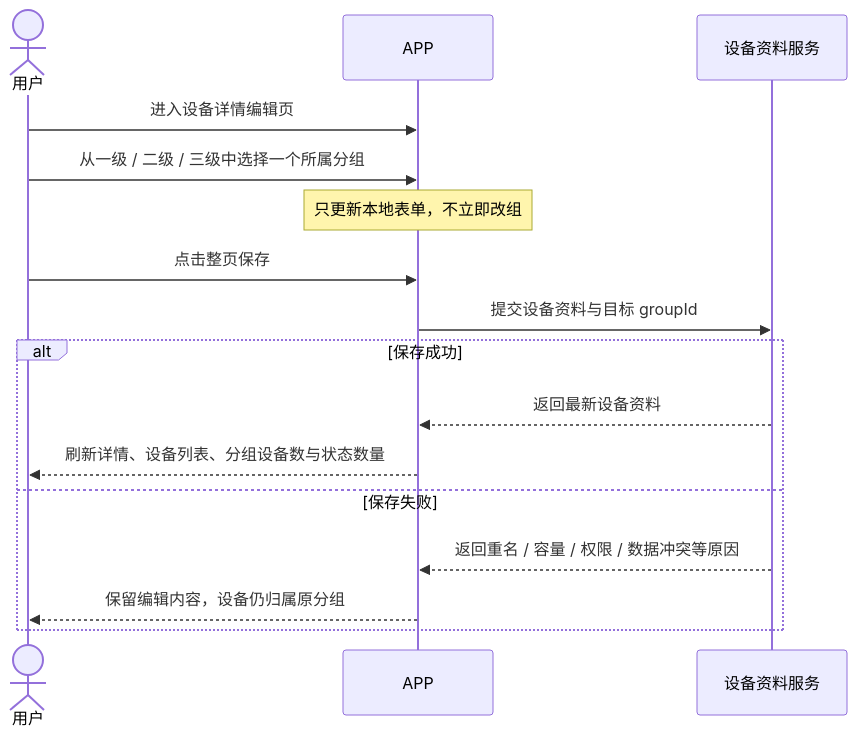
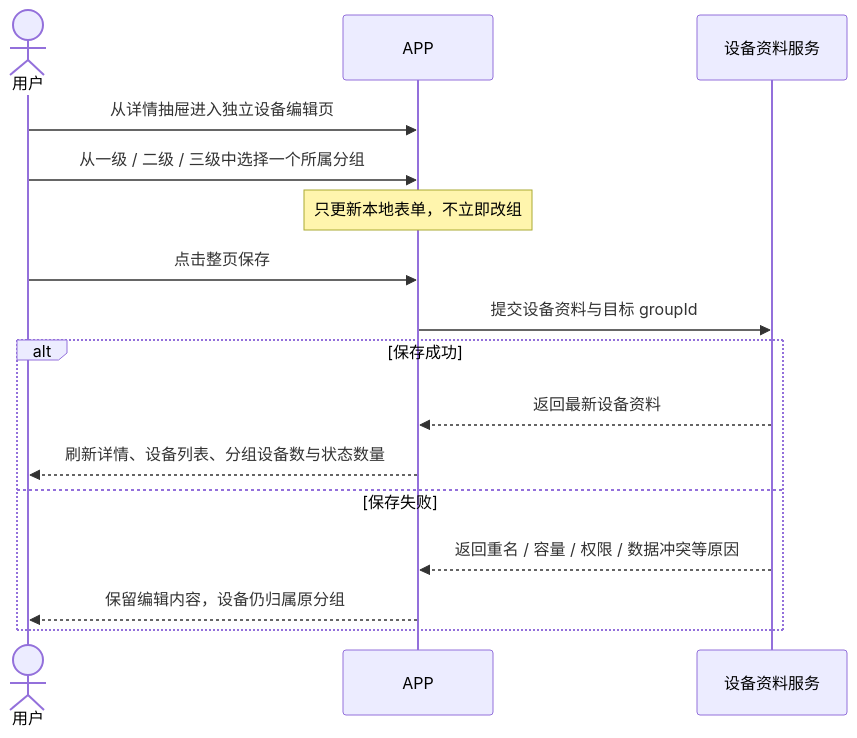
The tenth of 13 diagrams in docs/manuals/革泰/逻辑大纲/革泰 APP 设备管理逻辑点梳理 plan.md (CuMgNa/skills), drawn with Mermaid before and after one commit. The commit also changed other lines of this file and 26 other files, not shown here.

````diff
--- a/docs/manuals/革泰/逻辑大纲/革泰 APP 设备管理逻辑点梳理 plan.md
+++ b/docs/manuals/革泰/逻辑大纲/革泰 APP 设备管理逻辑点梳理 plan.md
@@ -916,18 +894,18 @@
 ```mermaid
 sequenceDiagram
     actor User as 用户
     participant App as APP
     participant Service as 设备资料服务
-    User->>App: 进入设备详情编辑页
+    User->>App: 从详情抽屉进入独立设备编辑页
     User->>App: 从一级 / 二级 / 三级中选择一个所属分组
     Note over App: 只更新本地表单，不立即改组
     User->>App: 点击整页保存
     App->>Service: 提交设备资料与目标 groupId
     alt 保存成功
         Service-->>App: 返回最新设备资料
         App-->>User: 刷新详情、设备列表、分组设备数与状态数量
     else 保存失败
         Service-->>App: 返回重名 / 容量 / 权限 / 数据冲突等原因
         App-->>User: 保留编辑内容，设备仍归属原分组
     end
 ```
````
